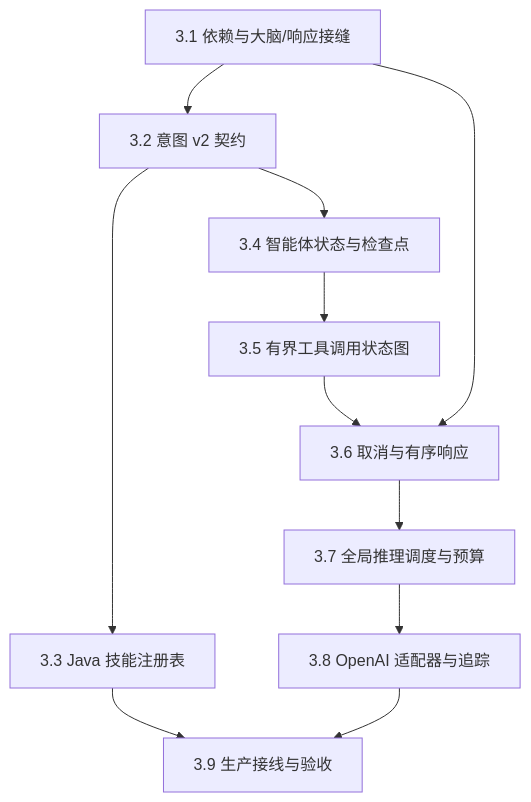
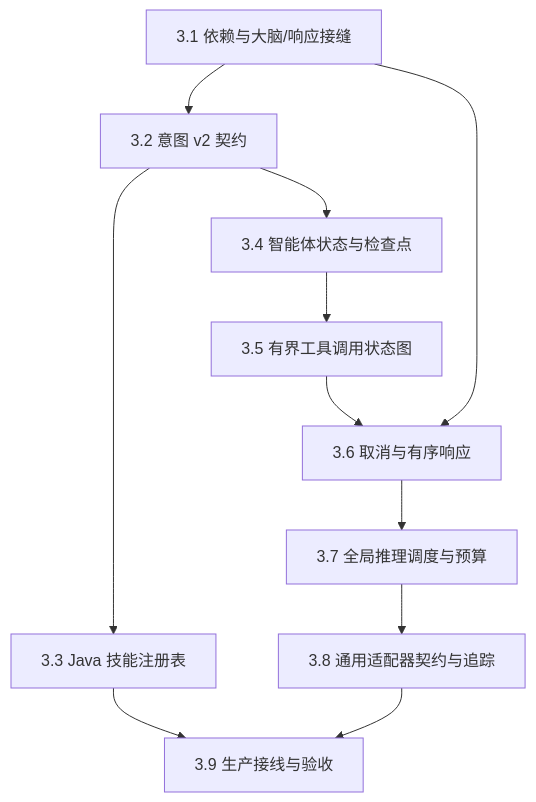
Before and after one commit to ericdonno/cs61b-std: the diagram in proj2/phase3.md, drawn with Mermaid. The commit also changed other lines of this file and 56 other files, not shown here.

````diff
--- a/proj2/phase3.md
+++ b/proj2/phase3.md
@@ -91,13 +91,13 @@
 ```mermaid
 flowchart TD
     A["3.1 依赖与大脑/响应接缝"] --> B["3.2 意图 v2 契约"]
     B --> C["3.3 Java 技能注册表"]
     B --> D["3.4 智能体状态与检查点"]
     D --> E["3.5 有界工具调用状态图"]
     A --> F["3.6 取消与有序响应"]
     E --> F
     F --> G["3.7 全局推理调度与预算"]
-    G --> H["3.8 OpenAI 适配器与追踪"]
+    G --> H["3.8 通用适配器契约与追踪"]
     C --> I["3.9 生产接线与验收"]
     H --> I
 ```
````
